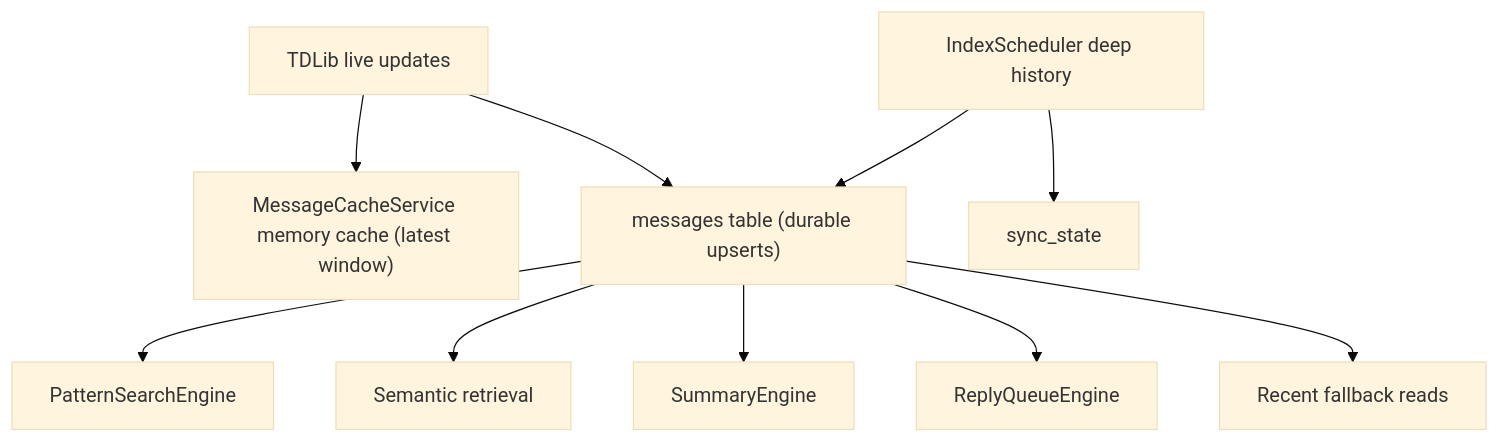
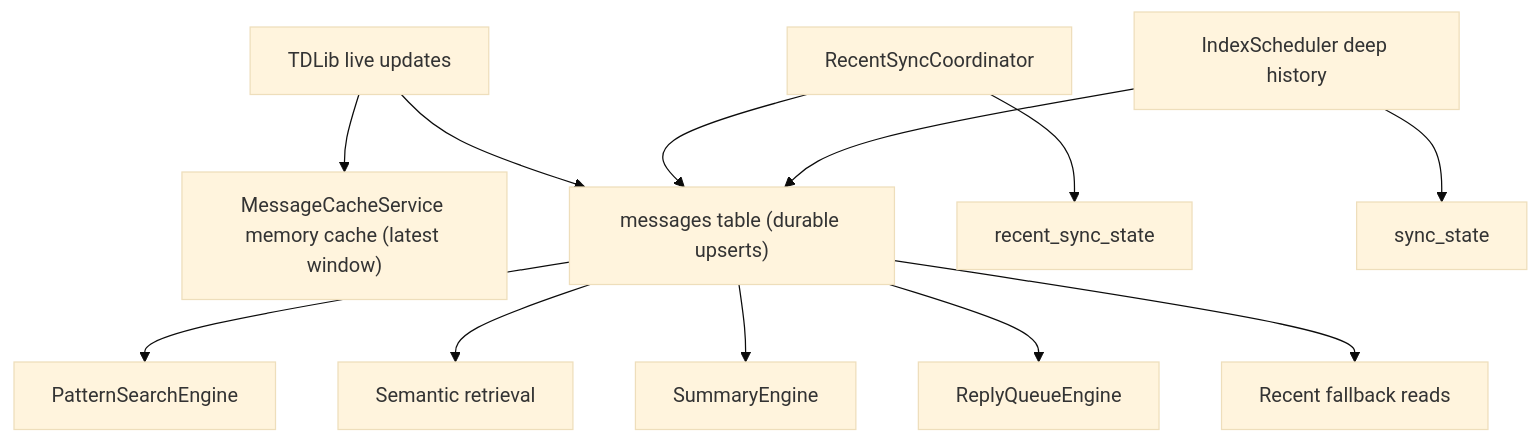
Before and after one commit to 0xpratzyy/telegraham: the second of 2 diagrams in docs/architecture.md, drawn with Mermaid (base theme). The commit also changed other lines of this file and 51 other files, not shown here.

````diff
--- a/docs/architecture.md
+++ b/docs/architecture.md
@@ -57,12 +59,14 @@
 ```mermaid
 flowchart TD
     A["TDLib live updates"] --> B["MessageCacheService memory cache (latest window)"]
     A --> C["messages table (durable upserts)"]
-    D["IndexScheduler deep history"] --> C
-    D --> E["sync_state"]
-    C --> F["PatternSearchEngine"]
-    C --> G["Semantic retrieval"]
-    C --> H["SummaryEngine"]
-    C --> I["ReplyQueueEngine"]
-    C --> J["Recent fallback reads"]
+    D["RecentSyncCoordinator"] --> C
+    D --> E["recent_sync_state"]
+    F["IndexScheduler deep history"] --> C
+    F --> G["sync_state"]
+    C --> H["PatternSearchEngine"]
+    C --> I["Semantic retrieval"]
+    C --> J["SummaryEngine"]
+    C --> K["ReplyQueueEngine"]
+    C --> L["Recent fallback reads"]
 ```
````
